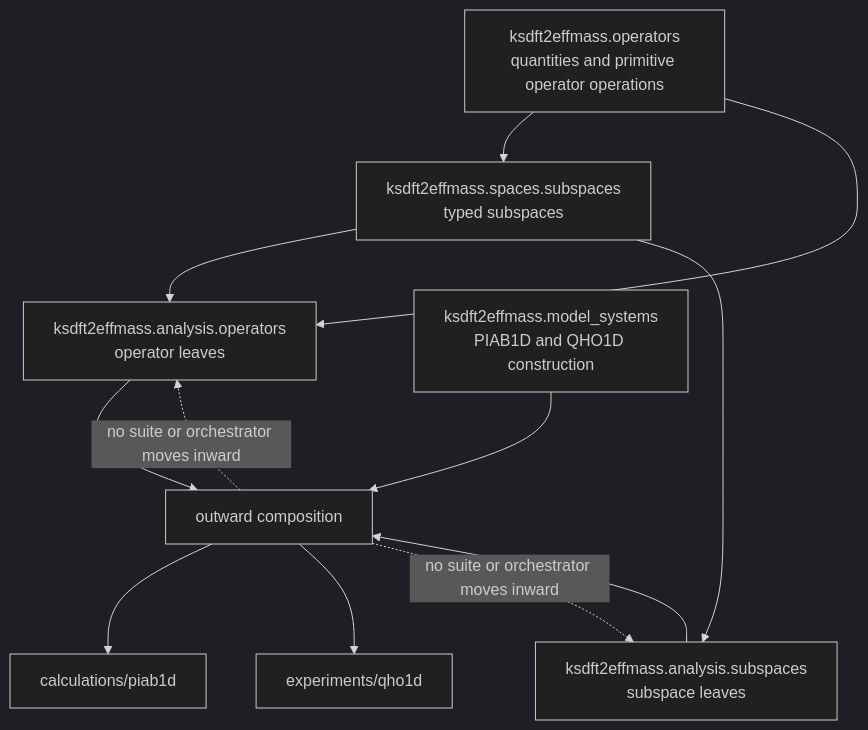
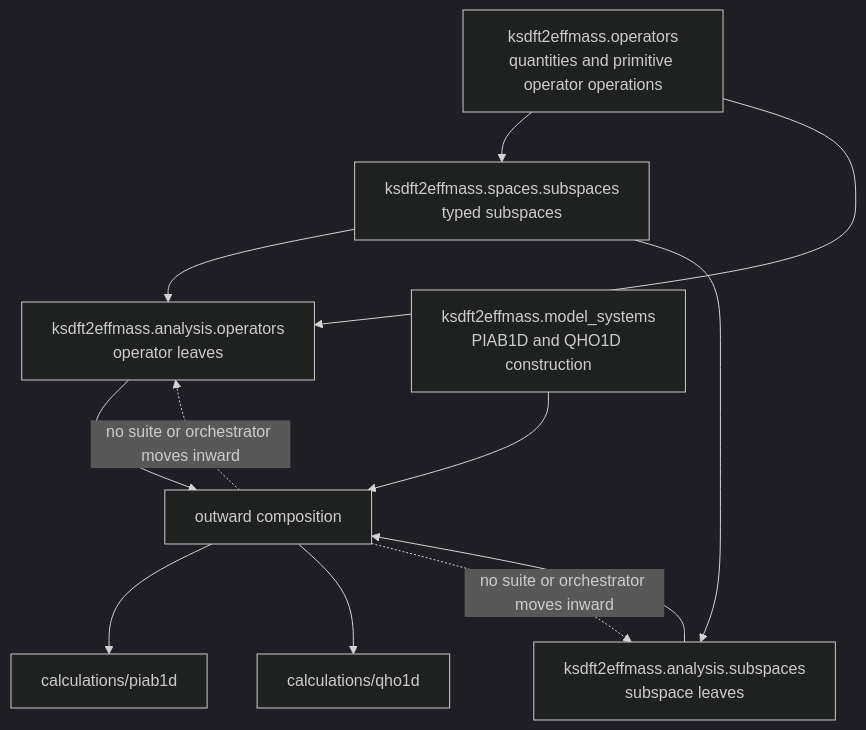
The third of 3 diagrams in docs/architecture/v3/ksdft2effmass/analysis/operators/schematics.md (eragasa/ksdft2effmass), drawn with Mermaid (dark theme) before and after one commit. The commit also changed 17 other files, not shown here.

````diff
--- a/docs/architecture/v3/ksdft2effmass/analysis/operators/schematics.md
+++ b/docs/architecture/v3/ksdft2effmass/analysis/operators/schematics.md
@@ -77,15 +77,15 @@
 ```mermaid
 flowchart TB
     operators["ksdft2effmass.operators\nquantities and primitive operator operations"] --> spaces["ksdft2effmass.spaces.subspaces\ntyped subspaces"]
     operators --> operatorAnalysis["ksdft2effmass.analysis.operators\noperator leaves"]
     spaces --> operatorAnalysis
     spaces --> subspaceAnalysis["ksdft2effmass.analysis.subspaces\nsubspace leaves"]
     models["ksdft2effmass.model_systems\nPIAB1D and QHO1D construction"] --> scripts["outward composition"]
     operatorAnalysis --> scripts
     subspaceAnalysis --> scripts
     scripts --> piab["calculations/piab1d"]
-    scripts --> qho["experiments/qho1d"]
+    scripts --> qho["calculations/qho1d"]
 
     scripts -. "no suite or orchestrator moves inward" .-> operatorAnalysis
     scripts -. "no suite or orchestrator moves inward" .-> subspaceAnalysis
 ```
````
